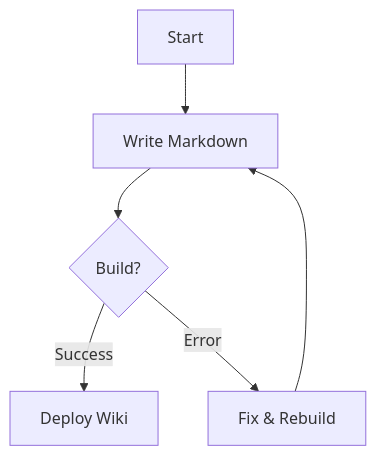
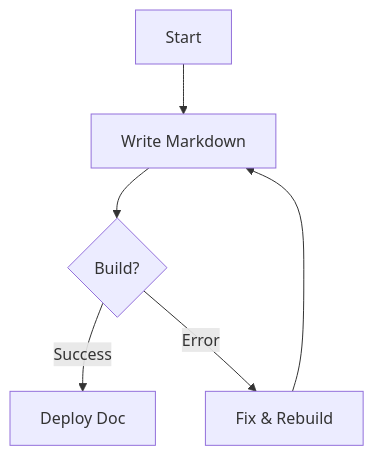
Before and after one commit to leoyim/leoyim-doc-template: the first of 2 diagrams in static/_source/template.md, drawn with Mermaid. The commit also changed other lines of this file and 12 other files, not shown here.

````diff
--- a/static/_source/template.md
+++ b/static/_source/template.md
@@ -154,8 +154,8 @@
 ```mermaid
 graph TD
     A[Start] --> B[Write Markdown]
     B --> C{Build?}
-    C -->|Success| D[Deploy Wiki]
+    C -->|Success| D[Deploy Doc]
     C -->|Error| E[Fix & Rebuild]
     E --> B
 ```
````
